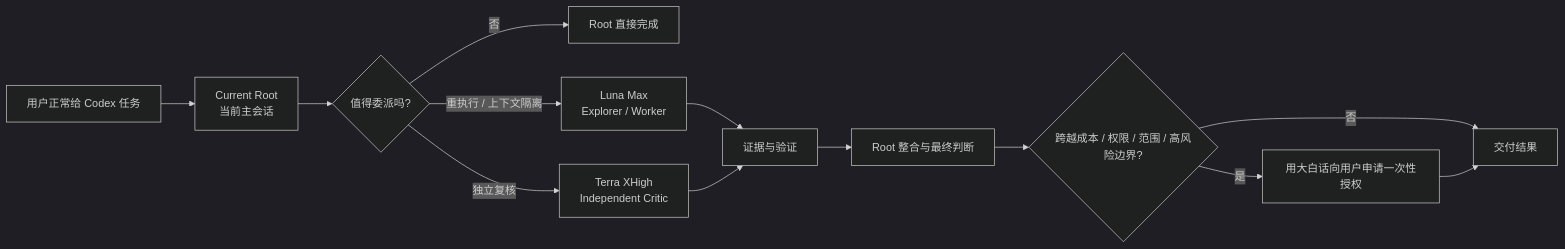
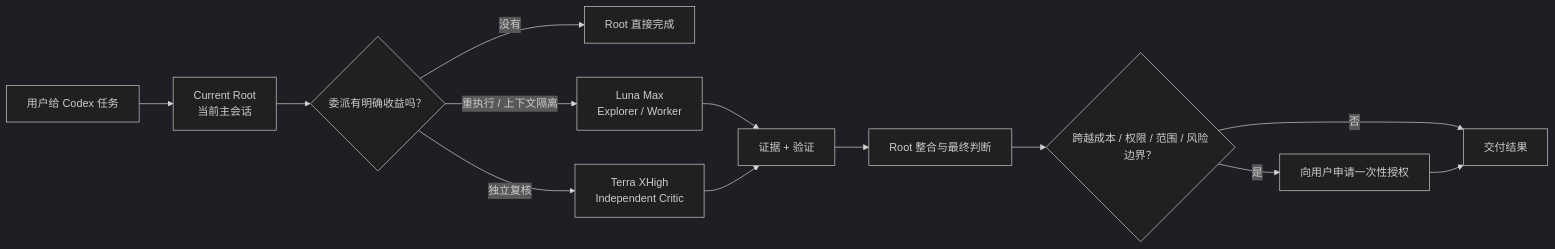
The first of 3 diagrams in README.md (R-jed/codex-agent-team), drawn with Mermaid (dark theme) before and after one commit. The commit also changed other lines of this file, not shown here.

````diff
--- a/README.md
+++ b/README.md
@@ -27,15 +30,15 @@
 ```mermaid
 flowchart LR
-    U[用户正常给 Codex 任务] --> R[Current Root<br/>当前主会话]
-    R --> G{值得委派吗?}
-    G -- 否 --> D[Root 直接完成]
+    U[用户给 Codex 任务] --> R[Current Root<br/>当前主会话]
+    R --> G{委派有明确收益吗？}
+    G -- 没有 --> D[Root 直接完成]
     G -- 重执行 / 上下文隔离 --> L[Luna Max<br/>Explorer / Worker]
     G -- 独立复核 --> T[Terra XHigh<br/>Independent Critic]
-    L --> V[证据与验证]
+    L --> V[证据 + 验证]
     T --> V
     V --> R2[Root 整合与最终判断]
-    R2 --> C{跨越成本 / 权限 / 范围 / 高风险边界?}
+    R2 --> C{跨越成本 / 权限 / 范围 / 风险边界？}
     C -- 否 --> O[交付结果]
-    C -- 是 --> H[用大白话向用户申请一次性授权]
+    C -- 是 --> H[向用户申请一次性授权]
     H --> O
 ```
````
